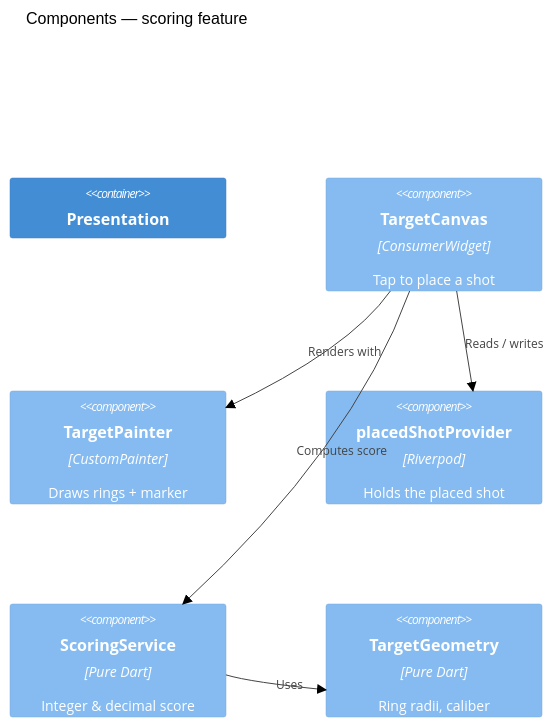
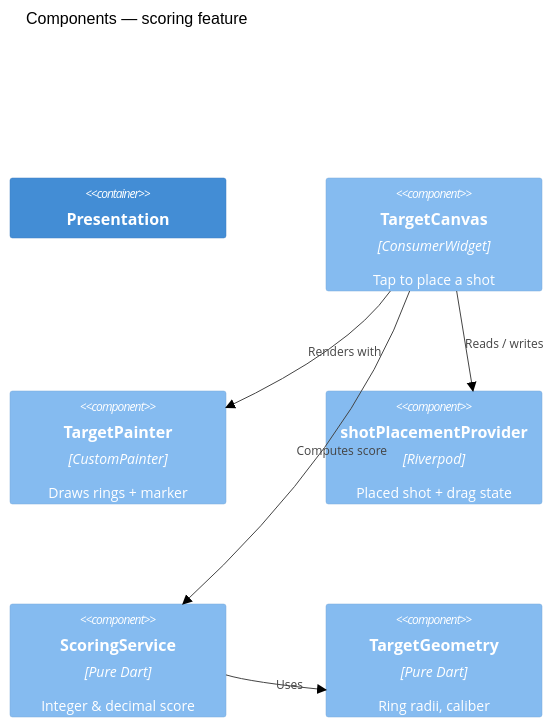
The third of 3 diagrams in docs/dev/architecture.md (roykollensvendsen/treffpunkt), drawn with Mermaid (neutral theme) before and after one commit. The commit also changed 4 other files, not shown here.

First line of the commit message:
docs: document moving a shot and renumber the roadmap

````diff
--- a/docs/dev/architecture.md
+++ b/docs/dev/architecture.md
@@ -41,14 +41,14 @@
 ```mermaid
 C4Component
   title Components — scoring feature
   Container(ui, "Presentation")
   Component(canvas, "TargetCanvas", "ConsumerWidget", "Tap to place a shot")
   Component(painter, "TargetPainter", "CustomPainter", "Draws rings + marker")
-  Component(provider, "placedShotProvider", "Riverpod", "Holds the placed shot")
+  Component(provider, "shotPlacementProvider", "Riverpod", "Placed shot + drag state")
   Component(scoring, "ScoringService", "Pure Dart", "Integer & decimal score")
   Component(geometry, "TargetGeometry", "Pure Dart", "Ring radii, caliber")
   Rel(canvas, provider, "Reads / writes")
   Rel(canvas, painter, "Renders with")
   Rel(canvas, scoring, "Computes score")
   Rel(scoring, geometry, "Uses")
 ```
````
